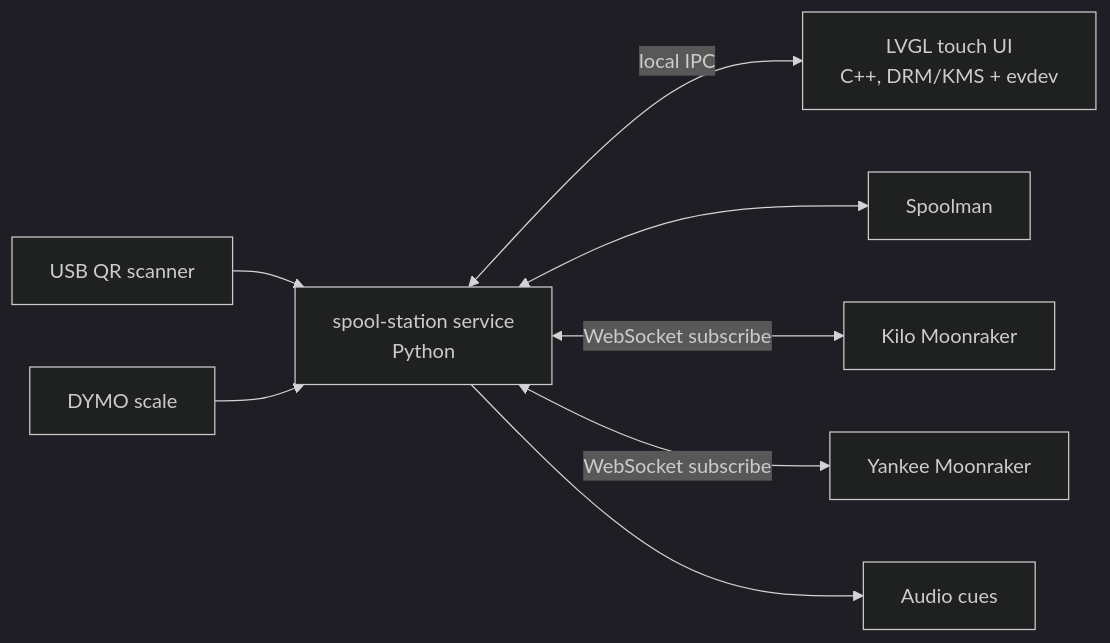
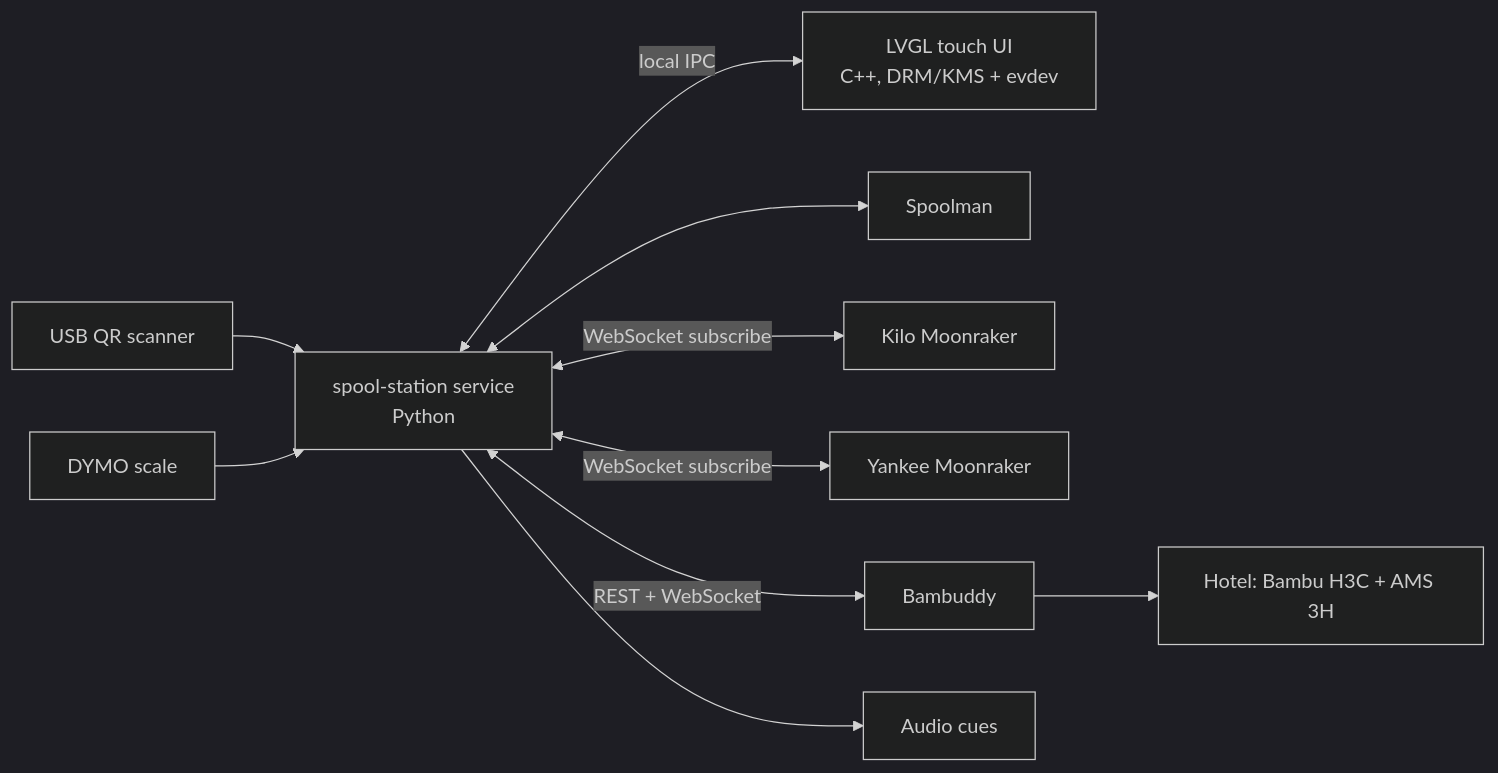
The diagram in docs/touch-ui-plan.md (bobomb/afc-spool-scan), drawn with Mermaid (dark theme) before and after one commit. The commit also changed other lines of this file and 57 other files, not shown here.

First line of the commit message:
Bambu H3C via Bambuddy: armed next spool, AMS 3H slots, three-printer UI

````diff
--- a/docs/touch-ui-plan.md
+++ b/docs/touch-ui-plan.md
@@ -84,10 +85,11 @@
 ```mermaid
 flowchart LR
   QR[USB QR scanner] --> S[spool-station service<br/>Python]
   SC[DYMO scale] --> S
   S <-->|local IPC| UI[LVGL touch UI<br/>C++, DRM/KMS + evdev]
   S <--> SM[Spoolman]
   S <-->|WebSocket subscribe| K[Kilo Moonraker]
   S <-->|WebSocket subscribe| Y[Yankee Moonraker]
+  S <-->|REST + WebSocket| B[Bambuddy] --> H[Hotel: Bambu H3C + AMS 3H]
   S --> AU[Audio cues]
 ```
````
